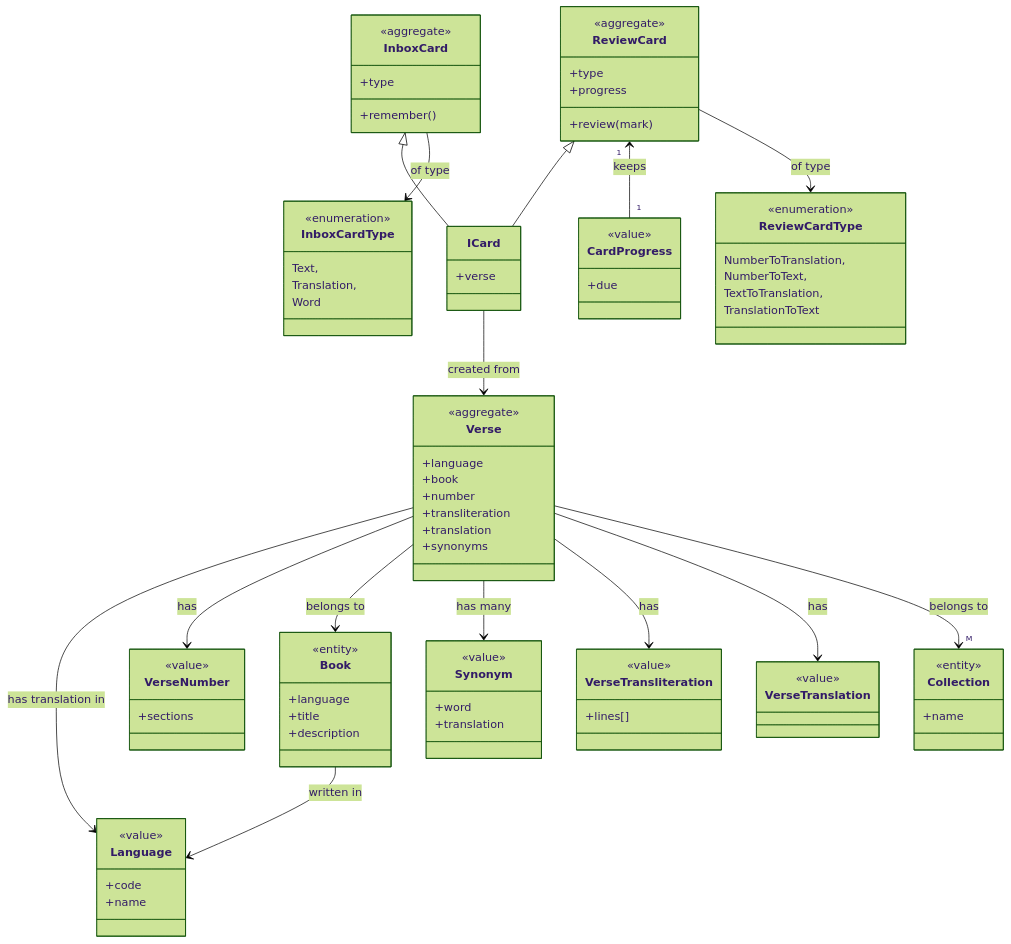
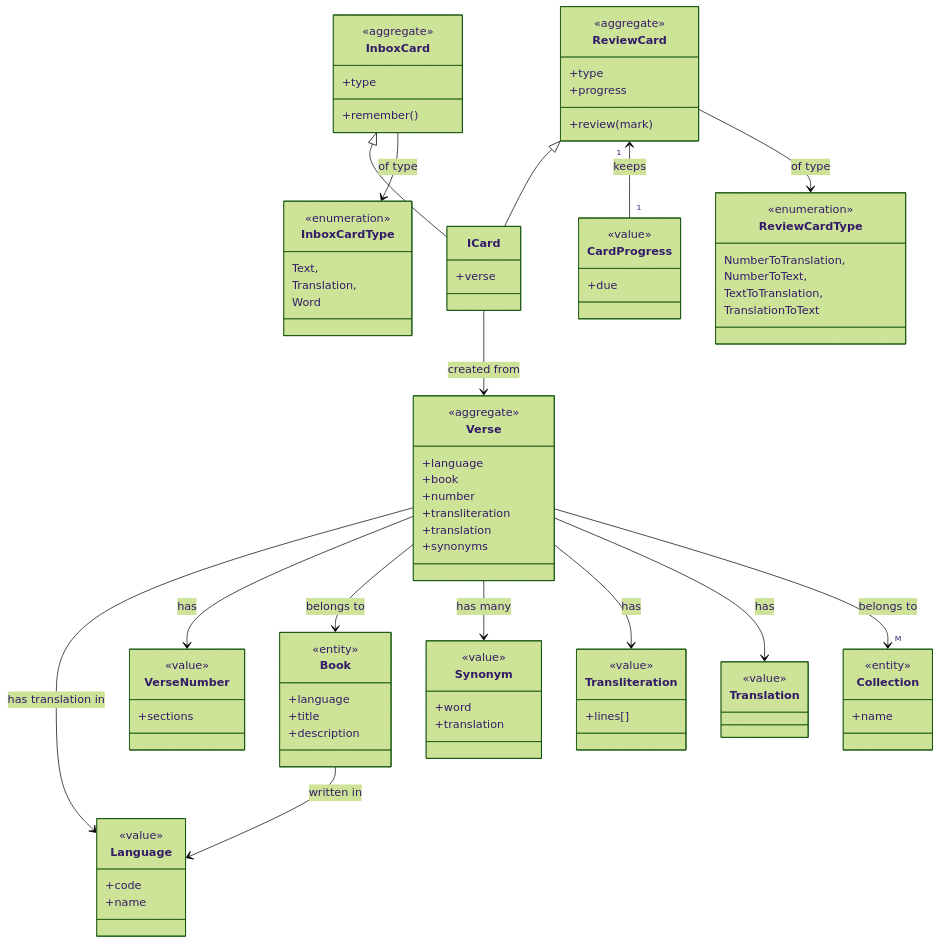
The diagram in docs/models.md (akdasa-studios/shlokas), drawn with Mermaid (forest theme) before and after one commit. The commit also changed 10 other files, not shown here.

```diff
--- a/docs/models.md
+++ b/docs/models.md
@@ -42,12 +42,12 @@
     +synonyms
 }
 
-class VerseTransliteration {
+class Transliteration {
     <<value>>
     +lines[]
 }
 
-class VerseTranslation {
+class Translation {
     <<value>>
 }
 
@@ -94,8 +94,8 @@
 Verse --> VerseNumber : has
 Verse --> Book : belongs to
 Verse --> Synonym : has many
-Verse --> VerseTransliteration : has
-Verse --> VerseTranslation : has
+Verse --> Transliteration : has
+Verse --> Translation : has
 Verse --> "M" Collection : belongs to
 
 ICard --> Verse : created from
```
